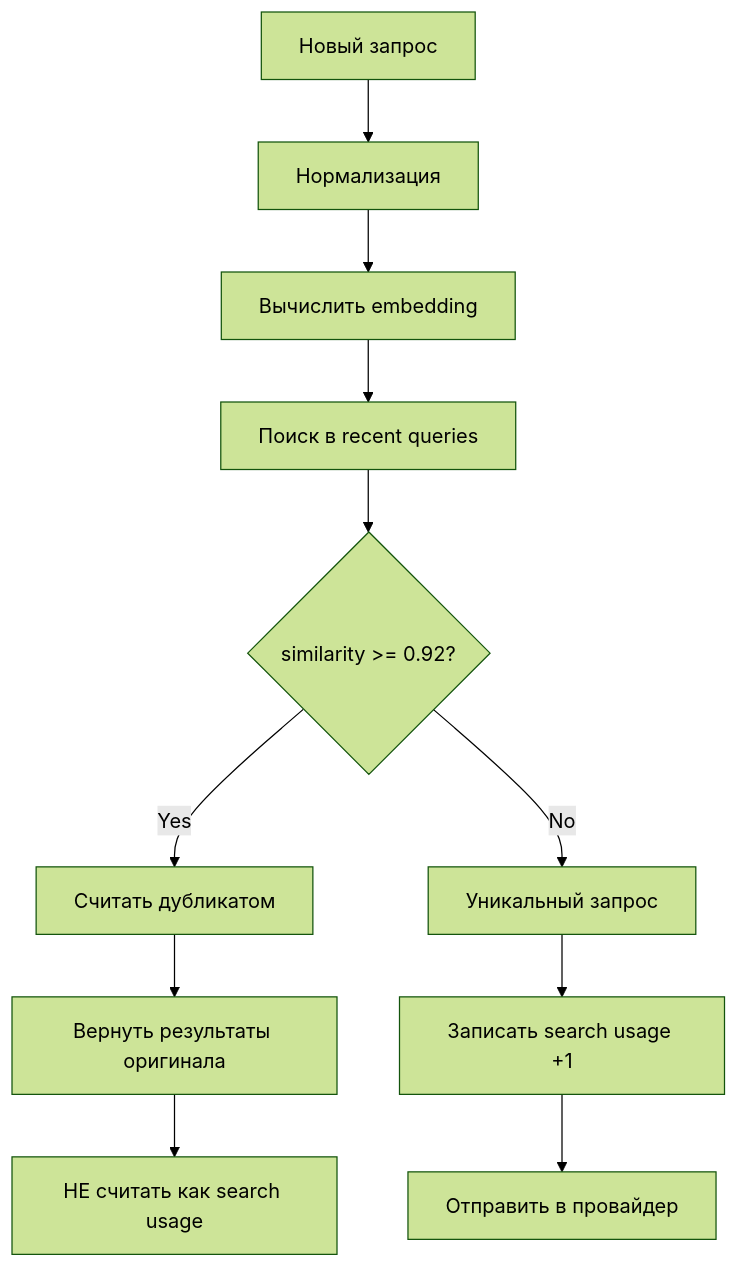
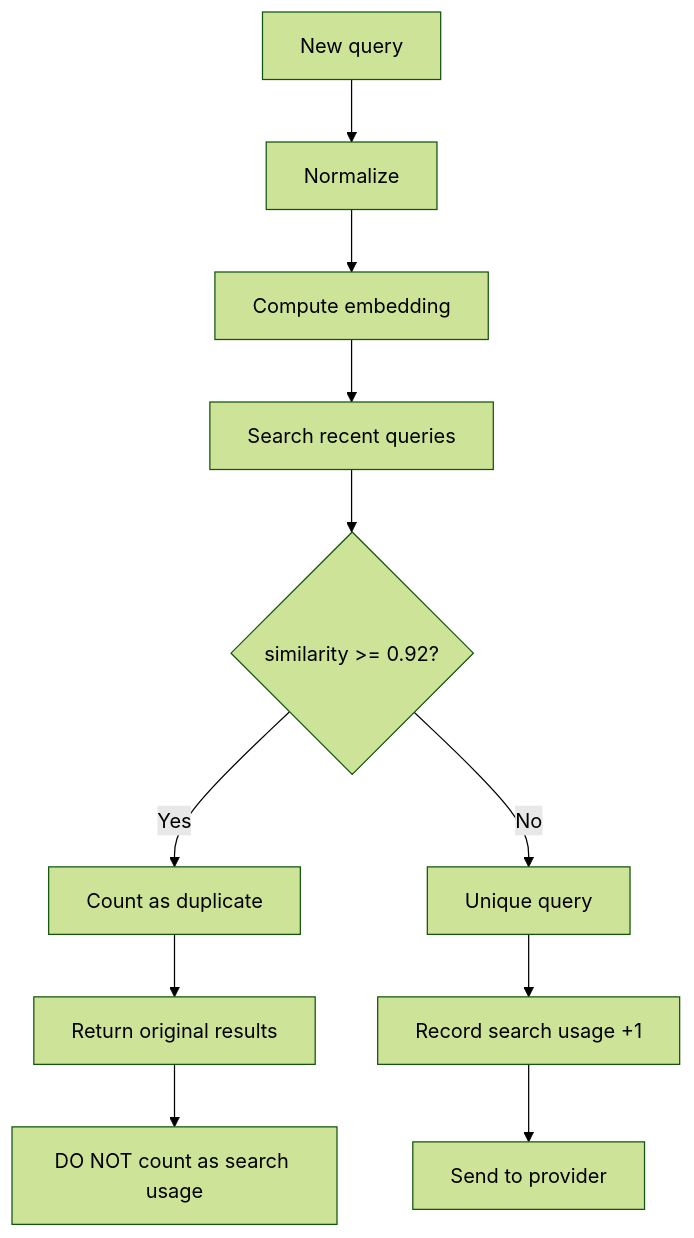
The first of 2 diagrams in docs/budget.md (ilgizar-valiullin/mcp-web-hound), drawn with Mermaid (forest theme) before and after one commit. The commit also changed other lines of this file and 16 other files, not shown here.

````diff
--- a/docs/budget.md
+++ b/docs/budget.md
@@ -89,13 +89,13 @@
 ```mermaid
 flowchart TD
-    A[Новый запрос] --> B[Нормализация]
-    B --> C[Вычислить embedding]
-    C --> D[Поиск в recent queries]
+    A[New query] --> B[Normalize]
+    B --> C[Compute embedding]
+    C --> D[Search recent queries]
     D --> E{similarity >= 0.92?}
-    E -->|Yes| F[Считать дубликатом]
-    F --> G[Вернуть результаты оригинала]
-    G --> H[НЕ считать как search usage]
-    E -->|No| I[Уникальный запрос]
-    I --> J[Записать search usage +1]
-    J --> K[Отправить в провайдер]
+    E -->|Yes| F[Count as duplicate]
+    F --> G[Return original results]
+    G --> H[DO NOT count as search usage]
+    E -->|No| I[Unique query]
+    I --> J[Record search usage +1]
+    J --> K[Send to provider]
 ```
````
